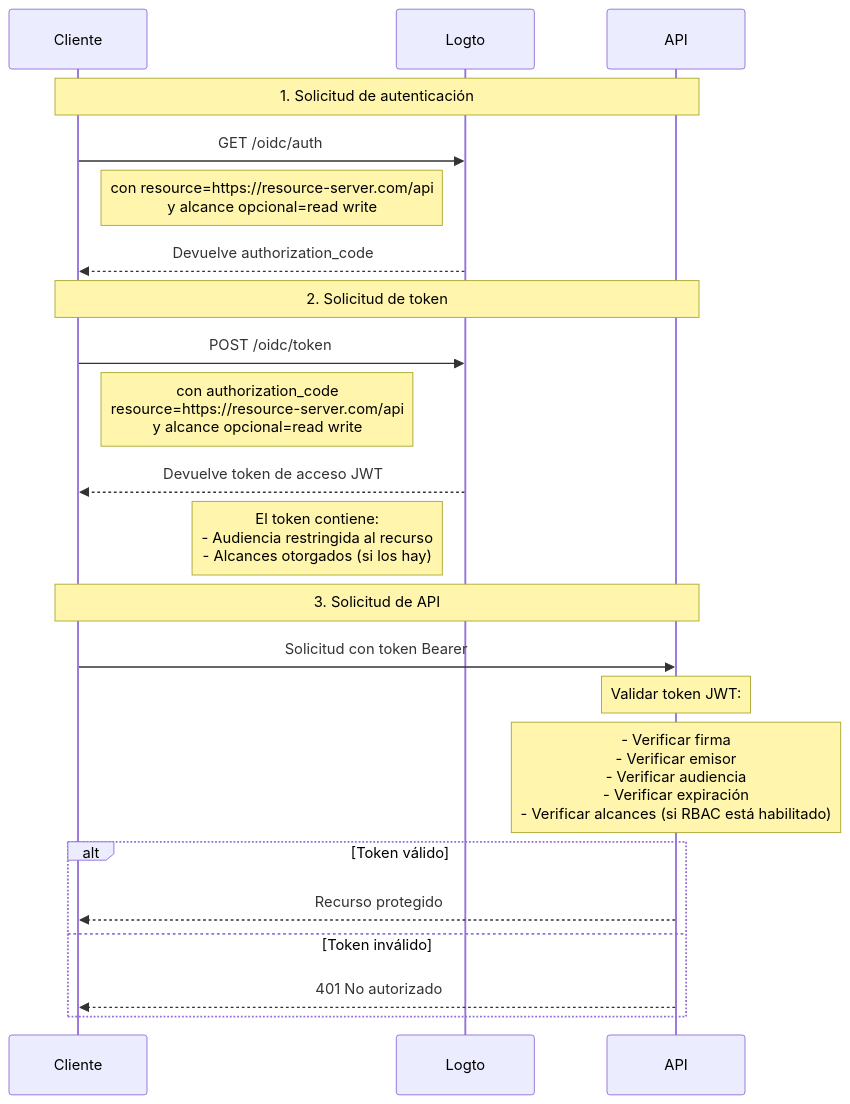
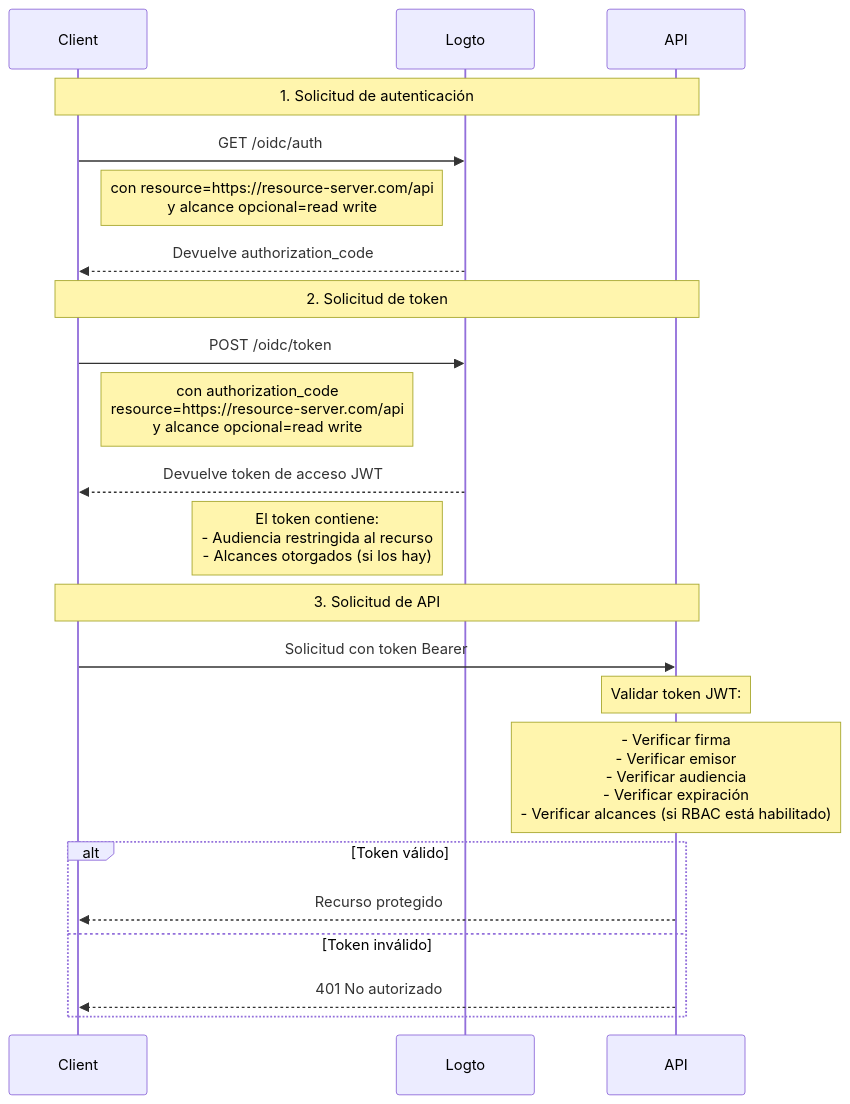
Before and after one commit to logto-io/docs: the diagram in i18n/es/docusaurus-plugin-content-docs/current/authorization/api-resources/protect-your-api.mdx, drawn with Mermaid. The commit also changed other lines of this file and 428 other files, not shown here.

````diff
--- a/i18n/es/docusaurus-plugin-content-docs/current/authorization/api-resources/protect-your-api.mdx
+++ b/i18n/es/docusaurus-plugin-content-docs/current/authorization/api-resources/protect-your-api.mdx
@@ -9,27 +9,27 @@
 ```mermaid
 sequenceDiagram
-    participant Cliente
+    participant Client
     participant Logto
     participant API
 
-    Note over Cliente,API: 1. Solicitud de autenticación
-    Cliente->>Logto: GET /oidc/auth
-    Note right of Cliente: con resource=https://resource-server.com/api<br/>y alcance opcional=read write
-    Logto-->>Cliente: Devuelve authorization_code
+    Note over Client,API: 1. Solicitud de autenticación
+    Client->>Logto: GET /oidc/auth
+    Note right of Client: con resource=https://resource-server.com/api<br/>y alcance opcional=read write
+    Logto-->>Client: Devuelve authorization_code
 
-    Note over Cliente,API: 2. Solicitud de token
-    Cliente->>Logto: POST /oidc/token
-    Note right of Cliente: con authorization_code<br/>resource=https://resource-server.com/api<br/>y alcance opcional=read write
-    Logto-->>Cliente: Devuelve token de acceso JWT
+    Note over Client,API: 2. Solicitud de token
+    Client->>Logto: POST /oidc/token
+    Note right of Client: con authorization_code<br/>resource=https://resource-server.com/api<br/>y alcance opcional=read write
+    Logto-->>Client: Devuelve token de acceso JWT
     Note left of Logto: El token contiene:<br/>- Audiencia restringida al recurso<br/>- Alcances otorgados (si los hay)
 
-    Note over Cliente,API: 3. Solicitud de API
-    Cliente->>API: Solicitud con token Bearer
+    Note over Client,API: 3. Solicitud de API
+    Client->>API: Solicitud con token Bearer
     Note over API: Validar token JWT:
     Note over API: - Verificar firma<br/>- Verificar emisor<br/>- Verificar audiencia<br/>- Verificar expiración<br/>- Verificar alcances (si RBAC está habilitado)
     alt Token válido
-        API-->>Cliente: Recurso protegido
+        API-->>Client: Recurso protegido
     else Token inválido
-        API-->>Cliente: 401 No autorizado
+        API-->>Client: 401 No autorizado
     end
 ```
````
